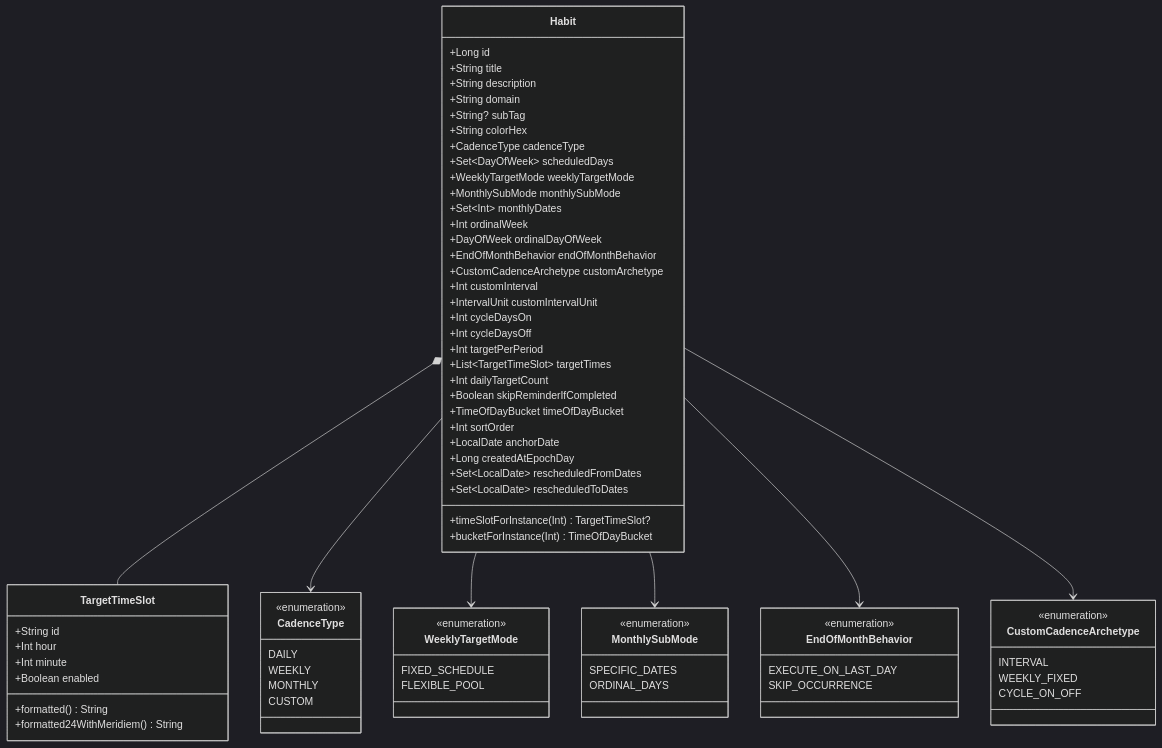
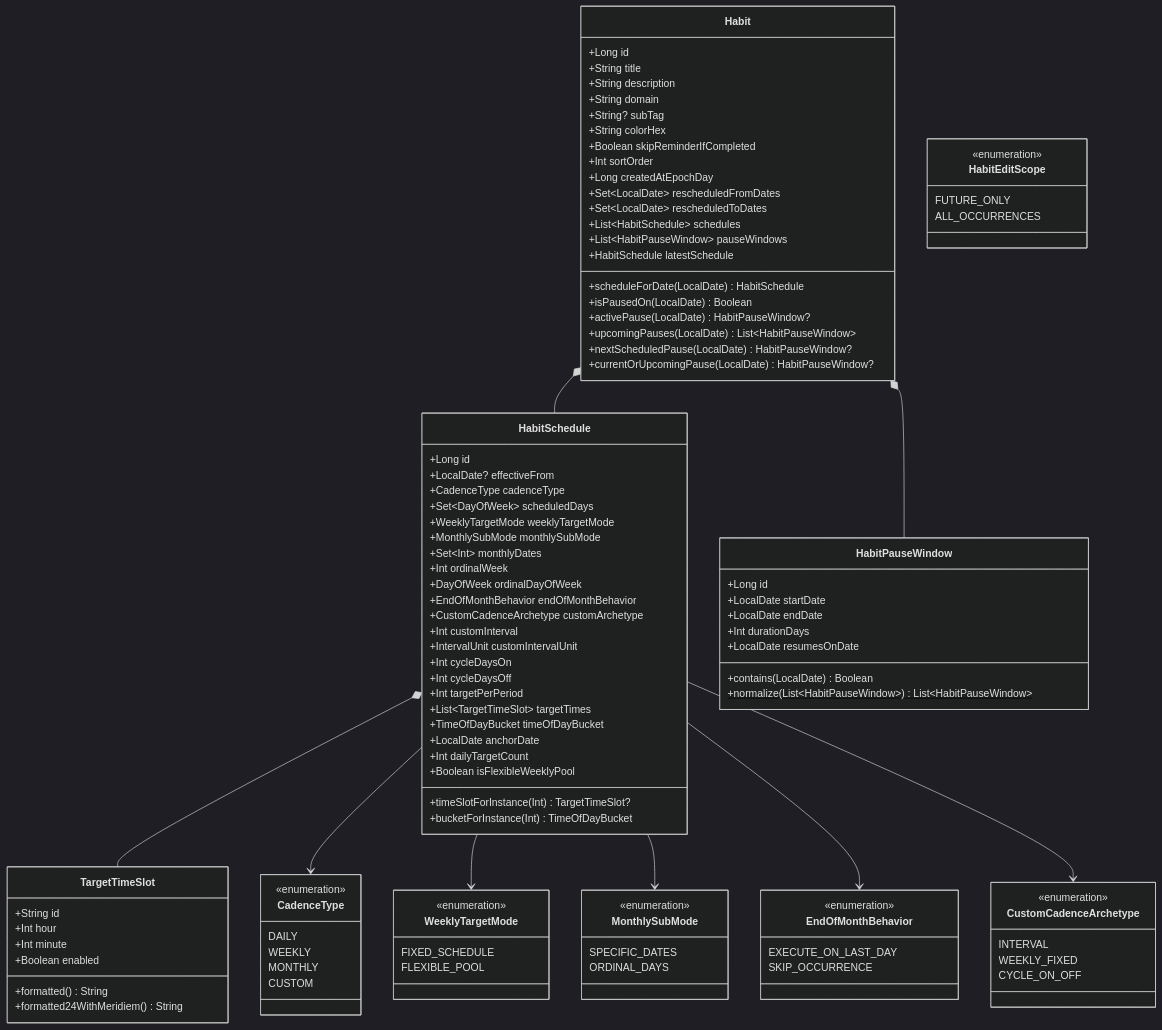
One commit to Vlad2000Andrei/rhythm changed the first of 2 diagrams in docs/domain-and-cadence-engine.md. Above: the diagram before and after it, drawn with Mermaid (dark theme). The commit also changed other lines of this file and 36 other files, not shown here.

First line of the commit message:
Add effective-dated habit edits, modular Room v5 schema, and habit pausing

````diff
--- a/docs/domain-and-cadence-engine.md
+++ b/docs/domain-and-cadence-engine.md
@@ -15,6 +15,25 @@
         +String domain
         +String? subTag
         +String colorHex
+        +Boolean skipReminderIfCompleted
+        +Int sortOrder
+        +Long createdAtEpochDay
+        +Set~LocalDate~ rescheduledFromDates
+        +Set~LocalDate~ rescheduledToDates
+        +List~HabitSchedule~ schedules
+        +List~HabitPauseWindow~ pauseWindows
+        +HabitSchedule latestSchedule
+        +scheduleForDate(LocalDate) HabitSchedule
+        +isPausedOn(LocalDate) Boolean
+        +activePause(LocalDate) HabitPauseWindow?
+        +upcomingPauses(LocalDate) List~HabitPauseWindow~
+        +nextScheduledPause(LocalDate) HabitPauseWindow?
+        +currentOrUpcomingPause(LocalDate) HabitPauseWindow?
+    }
+
+    class HabitSchedule {
+        +Long id
+        +LocalDate? effectiveFrom
         +CadenceType cadenceType
         +Set~DayOfWeek~ scheduledDays
         +WeeklyTargetMode weeklyTargetMode
@@ -30,16 +49,22 @@
         +Int cycleDaysOff
         +Int targetPerPeriod
         +List~TargetTimeSlot~ targetTimes
+        +TimeOfDayBucket timeOfDayBucket
+        +LocalDate anchorDate
         +Int dailyTargetCount
-        +Boolean skipReminderIfCompleted
-        +TimeOfDayBucket timeOfDayBucket
-        +Int sortOrder
-        +LocalDate anchorDate
-        +Long createdAtEpochDay
-        +Set~LocalDate~ rescheduledFromDates
-        +Set~LocalDate~ rescheduledToDates
+        +Boolean isFlexibleWeeklyPool
         +timeSlotForInstance(Int) TargetTimeSlot?
         +bucketForInstance(Int) TimeOfDayBucket
+    }
+
+    class HabitPauseWindow {
+        +Long id
+        +LocalDate startDate
+        +LocalDate endDate
+        +Int durationDays
+        +LocalDate resumesOnDate
+        +contains(LocalDate) Boolean
+        +normalize(List~HabitPauseWindow~)$ List~HabitPauseWindow~
     }
 
     class TargetTimeSlot {
@@ -49,6 +74,12 @@
         +Boolean enabled
         +formatted() String
         +formatted24WithMeridiem() String
+    }
+
+    class HabitEditScope {
+        <<enumeration>>
+        FUTURE_ONLY
+        ALL_OCCURRENCES
     }
 
     class CadenceType {
@@ -84,10 +115,12 @@
         CYCLE_ON_OFF
     }
 
-    Habit *-- TargetTimeSlot
-    Habit --> CadenceType
-    Habit --> WeeklyTargetMode
-    Habit --> MonthlySubMode
-    Habit --> EndOfMonthBehavior
-    Habit --> CustomCadenceArchetype
+    Habit *-- HabitSchedule
+    Habit *-- HabitPauseWindow
+    HabitSchedule *-- TargetTimeSlot
+    HabitSchedule --> CadenceType
+    HabitSchedule --> WeeklyTargetMode
+    HabitSchedule --> MonthlySubMode
+    HabitSchedule --> EndOfMonthBehavior
+    HabitSchedule --> CustomCadenceArchetype
 ```
````
